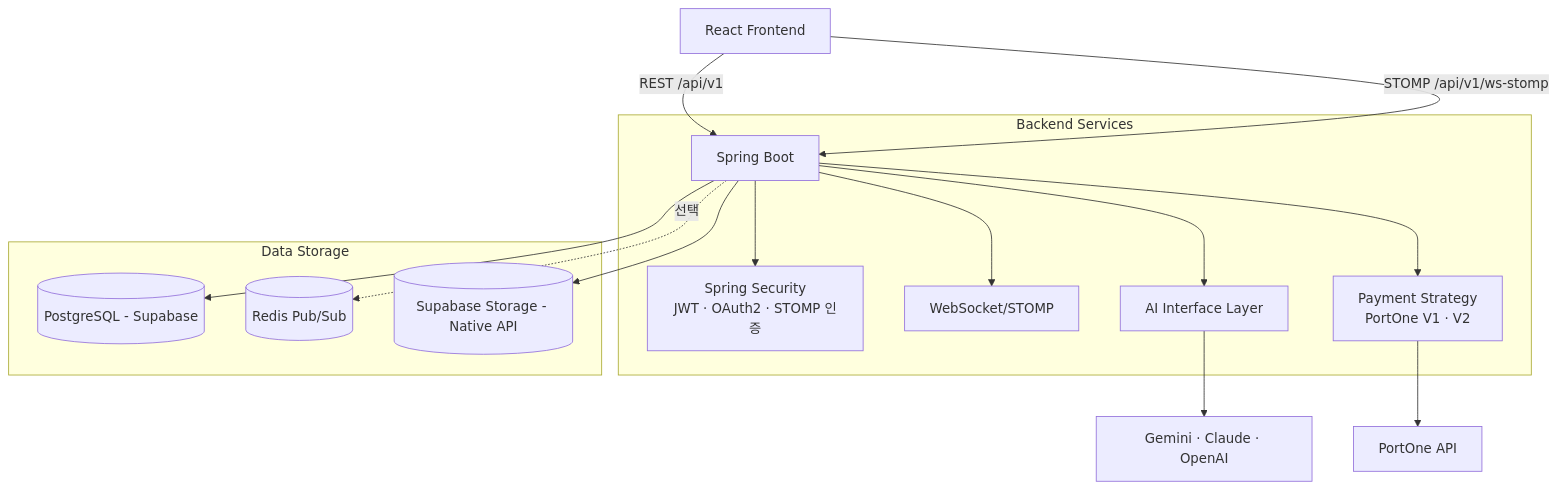
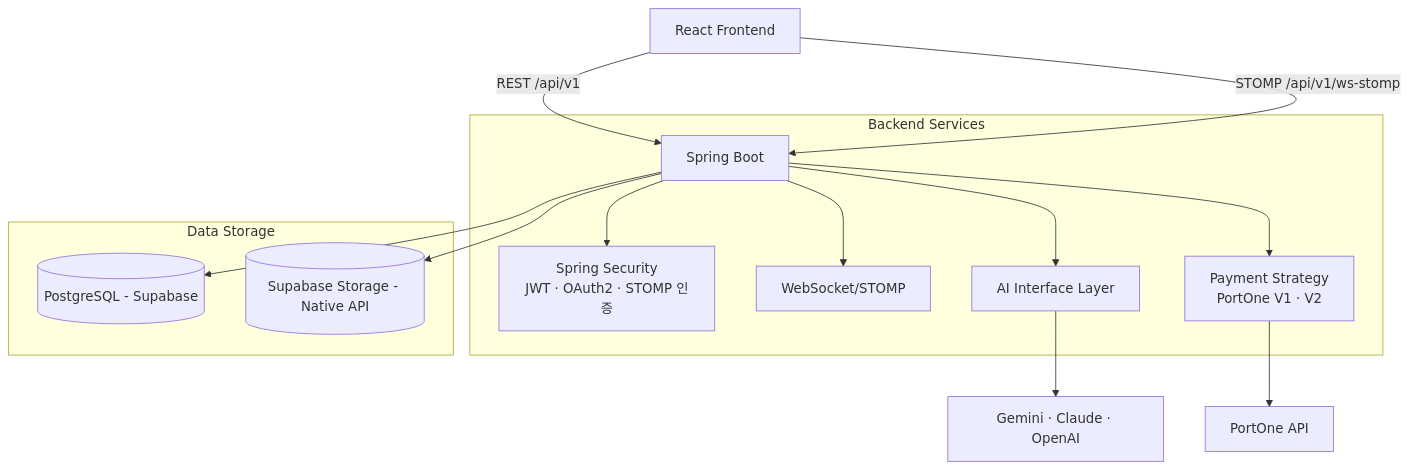
The diagram in devcodehub/docs/Architecture.md (hamjoong/portfolio), drawn with Mermaid before and after one commit. The commit also changed other lines of this file and 65 other files, not shown here.

````diff
--- a/devcodehub/docs/Architecture.md
+++ b/devcodehub/docs/Architecture.md
@@ -5,21 +5,20 @@
 ```mermaid
 graph TD
     Client[React Frontend] -->|REST /api/v1| App[Spring Boot]
     Client -->|STOMP /api/v1/ws-stomp| App
 
     subgraph "Backend Services"
         App --> Security[Spring Security<br/>JWT · OAuth2 · STOMP 인증]
         App --> Chat[WebSocket/STOMP]
         App --> AI[AI Interface Layer]
         App --> Pay[Payment Strategy<br/>PortOne V1 · V2]
     end
 
     subgraph "Data Storage"
         App --> DB[(PostgreSQL - Supabase)]
-        App -. 선택 .-> Cache[(Redis Pub/Sub)]
         App --> Storage[(Supabase Storage - Native API)]
     end
 
     AI --> Ext[Gemini · Claude · OpenAI]
     Pay --> PortOne[PortOne API]
 ```
````
